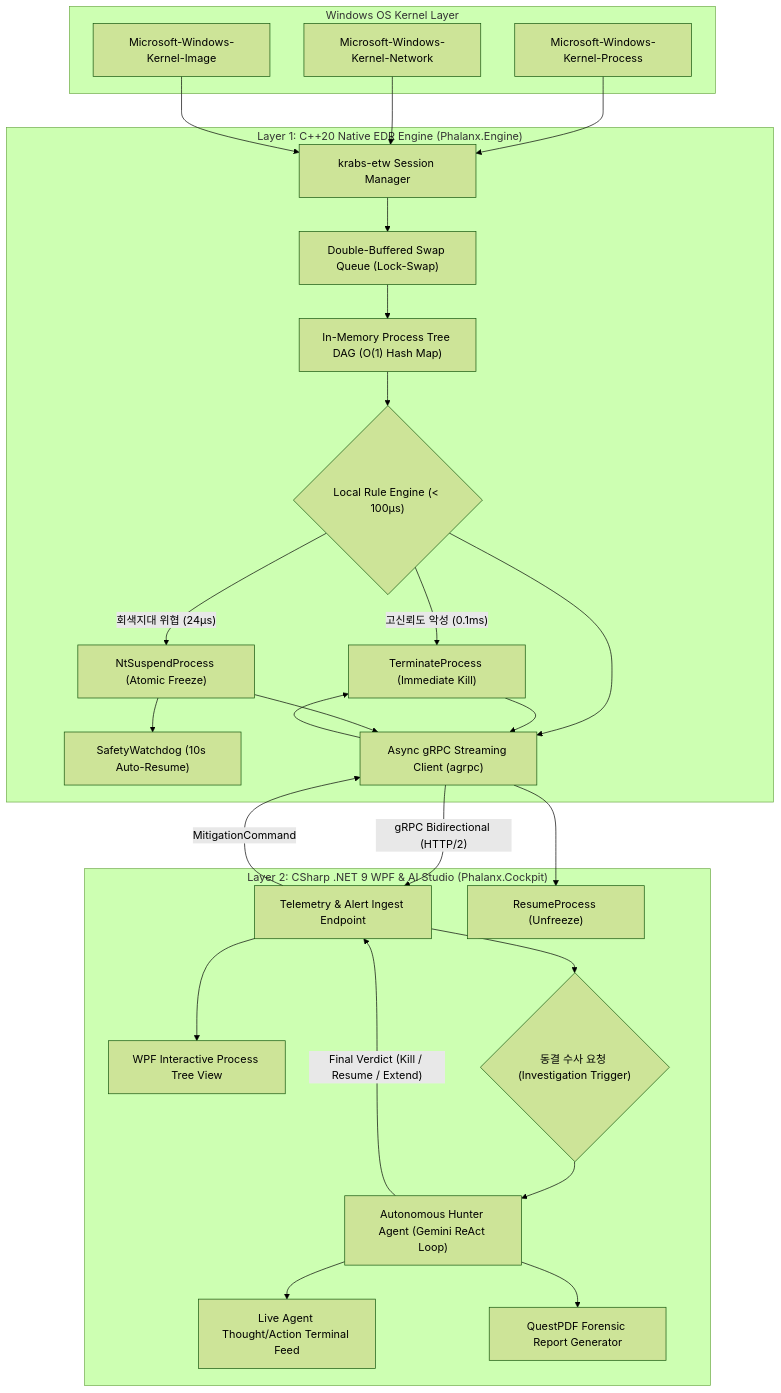
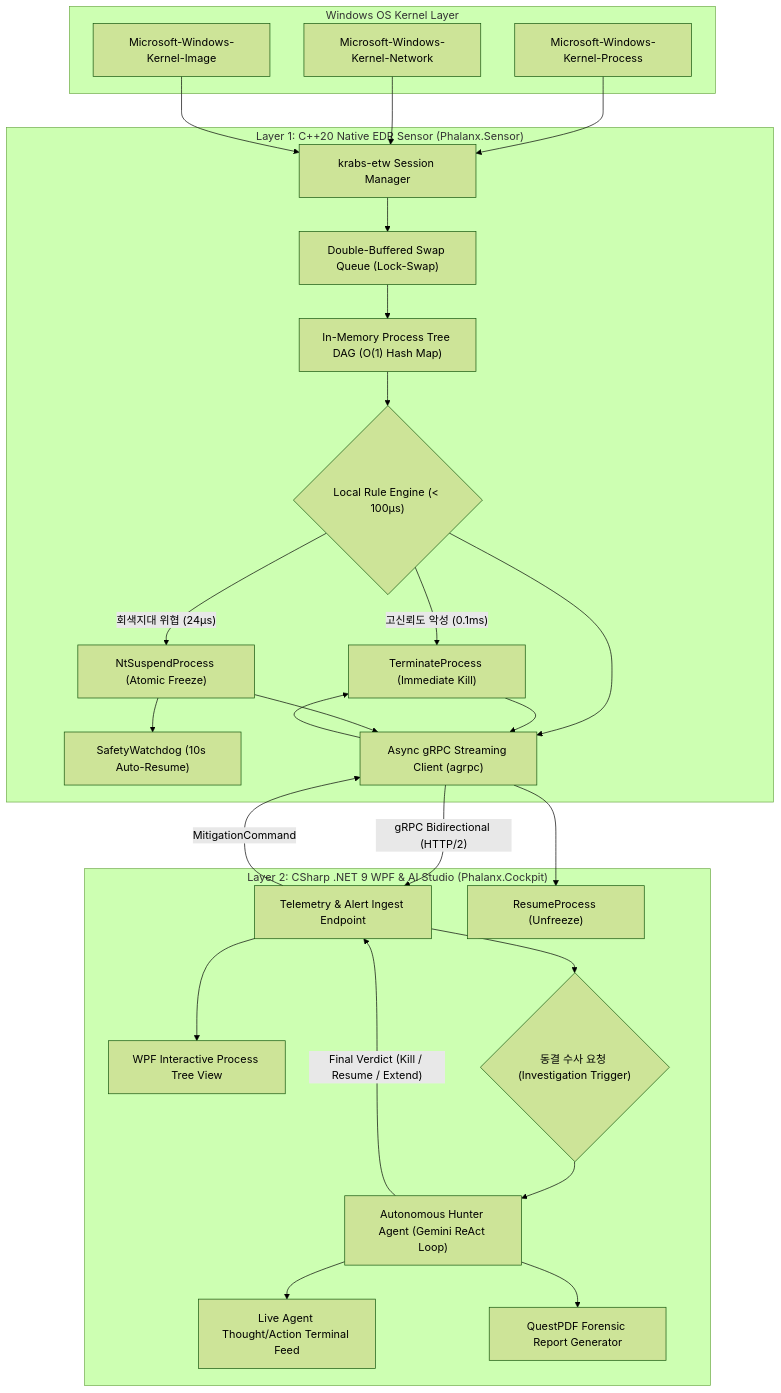
One commit to jin20203458/Obsidian.Agent changed the diagram in Phalanx/docs/01_system_architecture.md. Above: the diagram before and after it, drawn with Mermaid (forest theme). The commit also changed other lines of this file and 3 other files, not shown here.

Commit message:
docs(phalanx): sync architectural specs and live benchmark registry with ground truth

````diff
--- a/Phalanx/docs/01_system_architecture.md
+++ b/Phalanx/docs/01_system_architecture.md
@@ -19,42 +19,42 @@
 ```mermaid
 flowchart TD
     subgraph KERNEL ["Windows OS Kernel Layer"]
         ETW_Proc["Microsoft-Windows-Kernel-Process"]
         ETW_Net["Microsoft-Windows-Kernel-Network"]
         ETW_Img["Microsoft-Windows-Kernel-Image"]
     end
 
-    subgraph CPP_ENGINE ["Layer 1: C++20 Native EDR Engine (Phalanx.Engine)"]
+    subgraph CPP_ENGINE ["Layer 1: C++20 Native EDR Sensor (Phalanx.Sensor)"]
         ETW_Proc --> Krabs["krabs-etw Session Manager"]
         ETW_Net --> Krabs
         ETW_Img --> Krabs
         
         Krabs --> IngestQueue["Double-Buffered Swap Queue (Lock-Swap)"]
         IngestQueue --> ProcTree["In-Memory Process Tree DAG (O(1) Hash Map)"]
         ProcTree --> LocalRules{"Local Rule Engine (< 100μs)"}
         
         LocalRules -- "고신뢰도 악성 (0.1ms)" --> ActKill["TerminateProcess (Immediate Kill)"]
         LocalRules -- "회색지대 위협 (24μs)" --> ActFreeze["NtSuspendProcess (Atomic Freeze)"]
         ActFreeze --> Watchdog["SafetyWatchdog (10s Auto-Resume)"]
         
         LocalRules --> GrpcClient["Async gRPC Streaming Client (agrpc)"]
         ActKill --> GrpcClient
         ActFreeze --> GrpcClient
     end
 
     subgraph CS_COCKPIT ["Layer 2: CSharp .NET 9 WPF & AI Studio (Phalanx.Cockpit)"]
         GrpcClient -->|"gRPC Bidirectional (HTTP/2)"| GrpcServer["Telemetry & Alert Ingest Endpoint"]
         
         GrpcServer --> GraphView["WPF Interactive Process Tree View"]
         GrpcServer --> AgentTrigger{"동결 수사 요청 (Investigation Trigger)"}
         
         AgentTrigger --> AgentOrchestrator["Autonomous Hunter Agent (Gemini ReAct Loop)"]
         AgentOrchestrator --> LiveFeed["Live Agent Thought/Action Terminal Feed"]
         AgentOrchestrator --> ReportEngine["QuestPDF Forensic Report Generator"]
         
         AgentOrchestrator -->|"Final Verdict (Kill / Resume / Extend)"| GrpcServer
         GrpcServer -->|"MitigationCommand"| GrpcClient
         GrpcClient --> ActKill
         GrpcClient --> ActResume["ResumeProcess (Unfreeze)"]
     end
 ```
````
